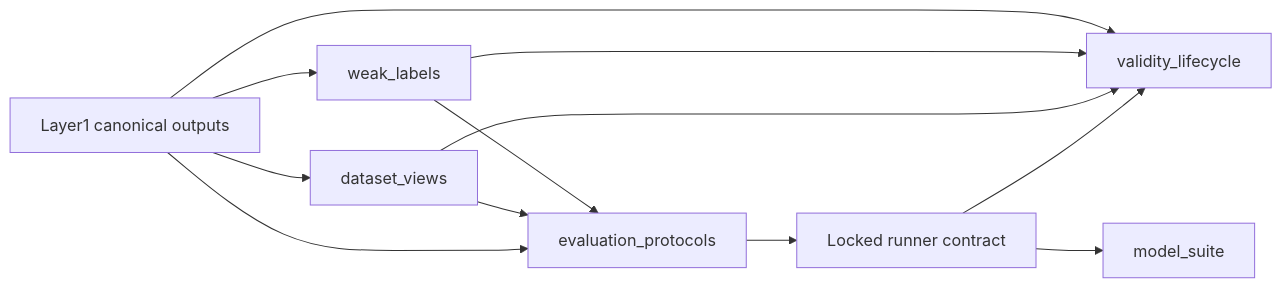
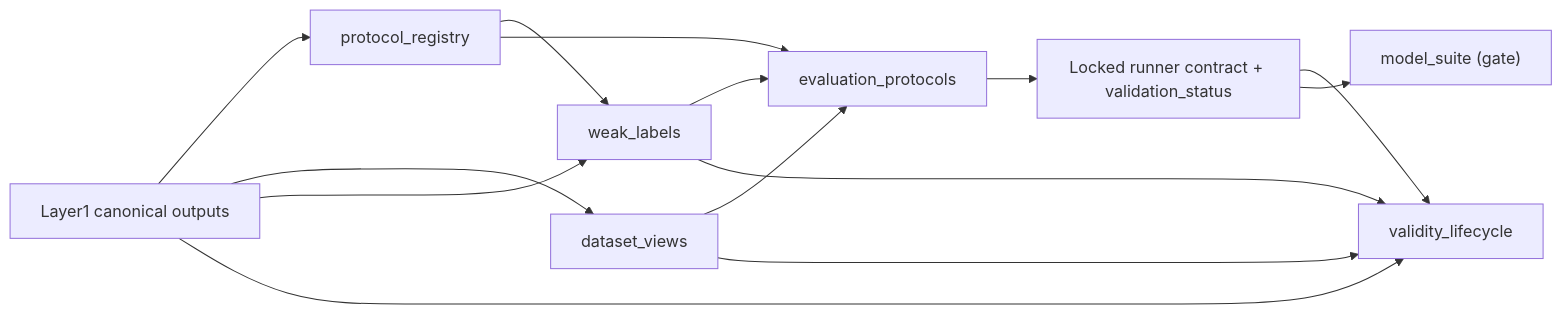
One commit to lawnguyenit/AgriFusion-IoT changed the second of 4 diagrams in Backend/PIPELINE_FLOW.md. Above: the diagram before and after it, drawn with Mermaid. The commit also changed other lines of this file and 53 other files, not shown here.

````diff
--- a/Backend/PIPELINE_FLOW.md
+++ b/Backend/PIPELINE_FLOW.md
@@ -122,14 +83,16 @@
 ```mermaid
 flowchart LR
-    A["Layer1 canonical outputs"] --> B["dataset_views"]
+    A["Layer1 canonical outputs"] --> R["protocol_registry"]
+    A --> B["dataset_views"]
     A --> C["weak_labels"]
-    A --> D["evaluation_protocols"]
+    R --> C
+    R --> D["evaluation_protocols"]
     B --> D
     C --> D
-    D --> E["Locked runner contract"]
+    D --> E["Locked runner contract + validation_status"]
     E --> F["validity_lifecycle"]
-    E --> G["model_suite"]
+    E --> G["model_suite (gate)"]
     B --> F
     C --> F
     A --> F
 ```
````
